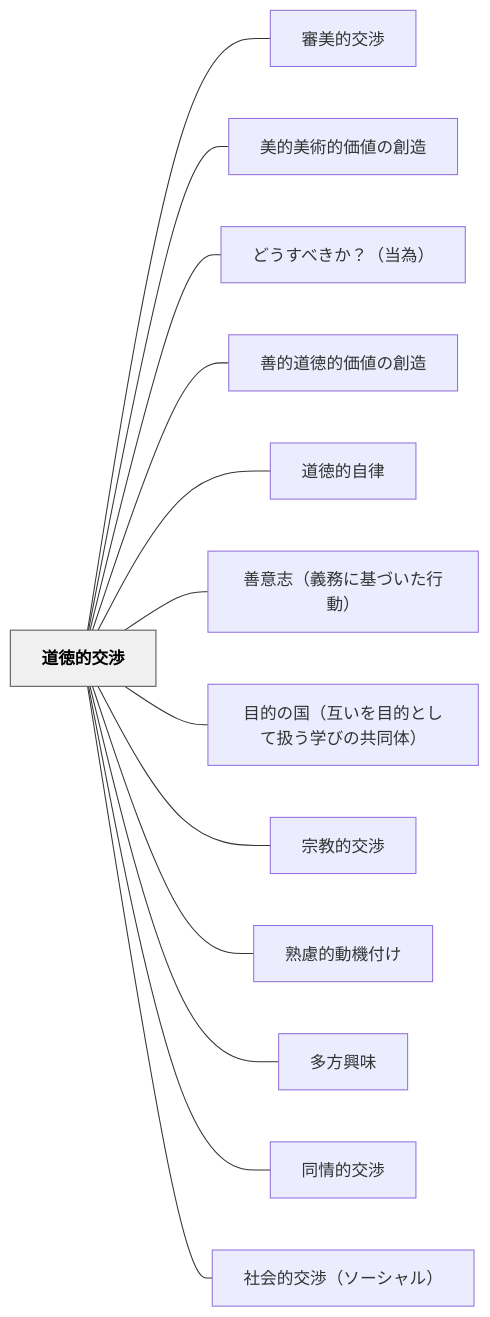
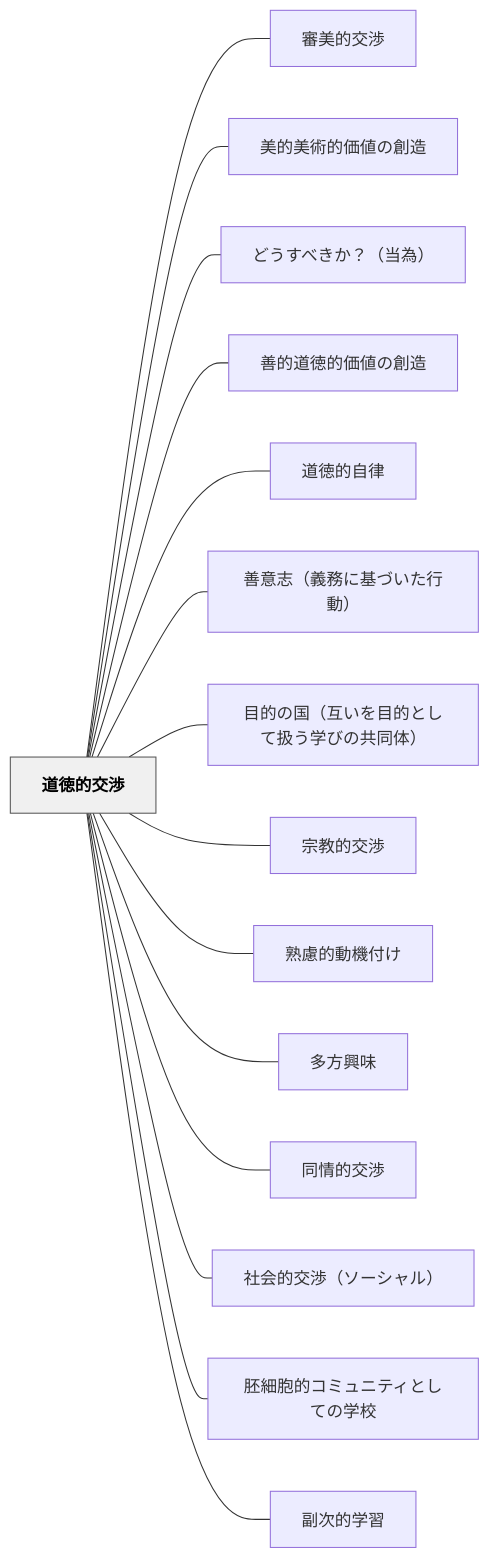
One commit to unknownthings-ed-patterns/unknownthings-ed-patterns changed the diagram in content/パタン/道徳的交渉.md. Above: the diagram before and after it, drawn with Mermaid. The commit also changed other lines of this file and 9 other files, not shown here.

````diff
--- a/content/パタン/道徳的交渉.md
+++ b/content/パタン/道徳的交渉.md
@@ -79,32 +97,36 @@
 ```mermaid
 flowchart LR
     ne98193e5beb3e79a84e4baa4e6b889["道徳的交渉"]
     ne5afa9e7be8ee79a84e4baa4e6b889["審美的交渉"]
     ne7be8ee79a84e7be8ee8a193e79a84e4bea1e580a4e381aee589b5e980a0["美的美術的価値の創造"]
     ne381a9e38186e38199e381b9e3818de3818befbc9fefbc88e5bd93e782baefbc89["どうすべきか？（当為）"]
     ne59684e79a84e98193e5beb3e79a84e4bea1e580a4e381aee589b5e980a0["善的道徳的価値の創造"]
     ne98193e5beb3e79a84e887aae5be8b["道徳的自律"]
     ne59684e6848fe5bf97efbc88e7bea9e58b99e381abe59fbae381a5e38184e3819fe8a18ce58b95efbc89["善意志（義務に基づいた行動）"]
     ne79baee79a84e381aee59bbdefbc88e4ba92e38184e38292e79baee79a84e381a8e38197e381a6e689b1e38186e5ada6e381b3e381aee585b1e5908ce4bd93efbc89["目的の国（互いを目的として扱う学びの共同体）"]
     ne5ae97e69599e79a84e4baa4e6b889["宗教的交渉"]
     ne7869fe685aee79a84e58b95e6a99fe4bb98e38191["熟慮的動機付け"]
     ne5a49ae696b9e88888e591b3["多方興味"]
     ne5908ce68385e79a84e4baa4e6b889["同情的交渉"]
     ne7a4bee4bc9ae79a84e4baa4e6b889efbc88e382bde383bce382b7e383a3e383abefbc89["社会的交渉（ソーシャル）"]
+    ne8839ae7b4b0e8839ee79a84e382b3e3839fe383a5e3838be38386e382a3e381a8e38197e381a6e381aee5ada6e6a0a1["胚細胞的コミュニティとしての学校"]
+    ne589afe6aca1e79a84e5ada6e7bf92["副次的学習"]
 
     ne98193e5beb3e79a84e4baa4e6b889 --- ne5afa9e7be8ee79a84e4baa4e6b889
     ne98193e5beb3e79a84e4baa4e6b889 --- ne7be8ee79a84e7be8ee8a193e79a84e4bea1e580a4e381aee589b5e980a0
     ne98193e5beb3e79a84e4baa4e6b889 --- ne381a9e38186e38199e381b9e3818de3818befbc9fefbc88e5bd93e782baefbc89
     ne98193e5beb3e79a84e4baa4e6b889 --- ne59684e79a84e98193e5beb3e79a84e4bea1e580a4e381aee589b5e980a0
     ne98193e5beb3e79a84e4baa4e6b889 --- ne98193e5beb3e79a84e887aae5be8b
     ne98193e5beb3e79a84e4baa4e6b889 --- ne59684e6848fe5bf97efbc88e7bea9e58b99e381abe59fbae381a5e38184e3819fe8a18ce58b95efbc89
     ne98193e5beb3e79a84e4baa4e6b889 --- ne79baee79a84e381aee59bbdefbc88e4ba92e38184e38292e79baee79a84e381a8e38197e381a6e689b1e38186e5ada6e381b3e381aee585b1e5908ce4bd93efbc89
     ne98193e5beb3e79a84e4baa4e6b889 --- ne5ae97e69599e79a84e4baa4e6b889
     ne98193e5beb3e79a84e4baa4e6b889 --- ne7869fe685aee79a84e58b95e6a99fe4bb98e38191
     ne98193e5beb3e79a84e4baa4e6b889 --- ne5a49ae696b9e88888e591b3
     ne98193e5beb3e79a84e4baa4e6b889 --- ne5908ce68385e79a84e4baa4e6b889
     ne98193e5beb3e79a84e4baa4e6b889 --- ne7a4bee4bc9ae79a84e4baa4e6b889efbc88e382bde383bce382b7e383a3e383abefbc89
+    ne98193e5beb3e79a84e4baa4e6b889 --- ne8839ae7b4b0e8839ee79a84e382b3e3839fe383a5e3838be38386e382a3e381a8e38197e381a6e381aee5ada6e6a0a1
+    ne98193e5beb3e79a84e4baa4e6b889 --- ne589afe6aca1e79a84e5ada6e7bf92
 
     classDef hub fill:#f0f0f0,stroke:#555,color:#000,font-weight:bold
     class ne98193e5beb3e79a84e4baa4e6b889 hub
 ```
````
